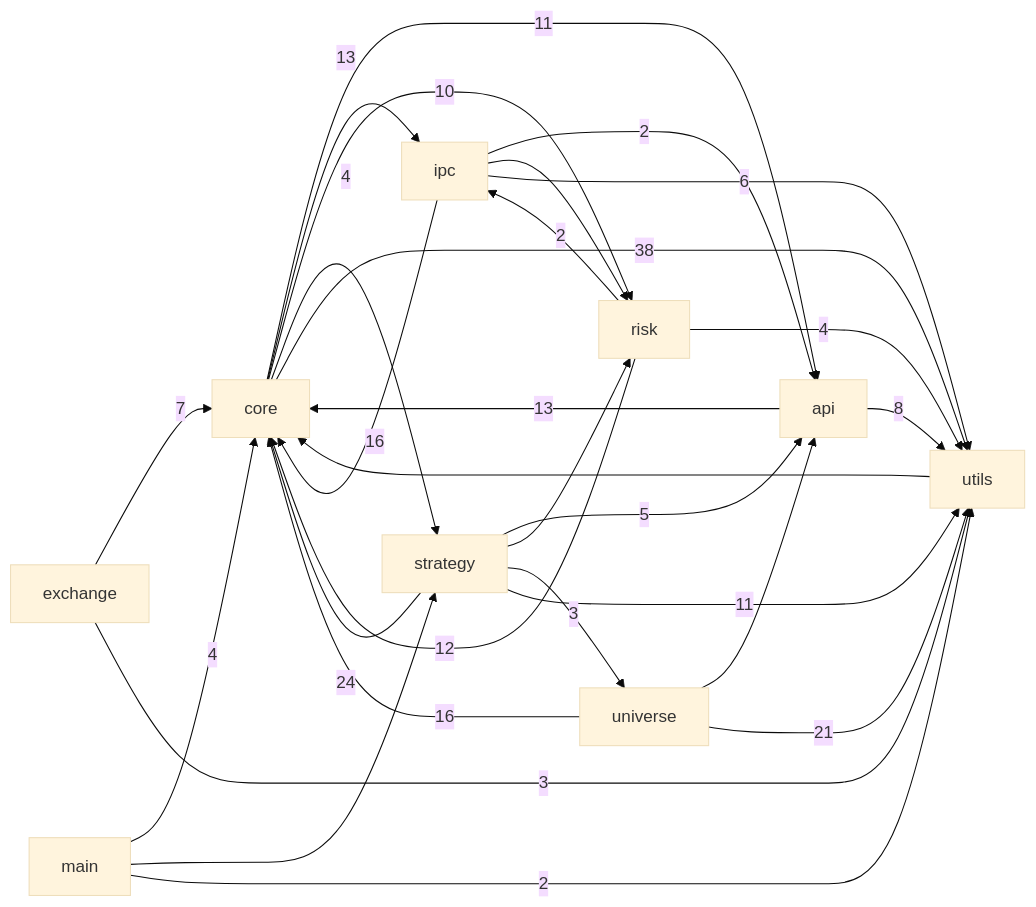
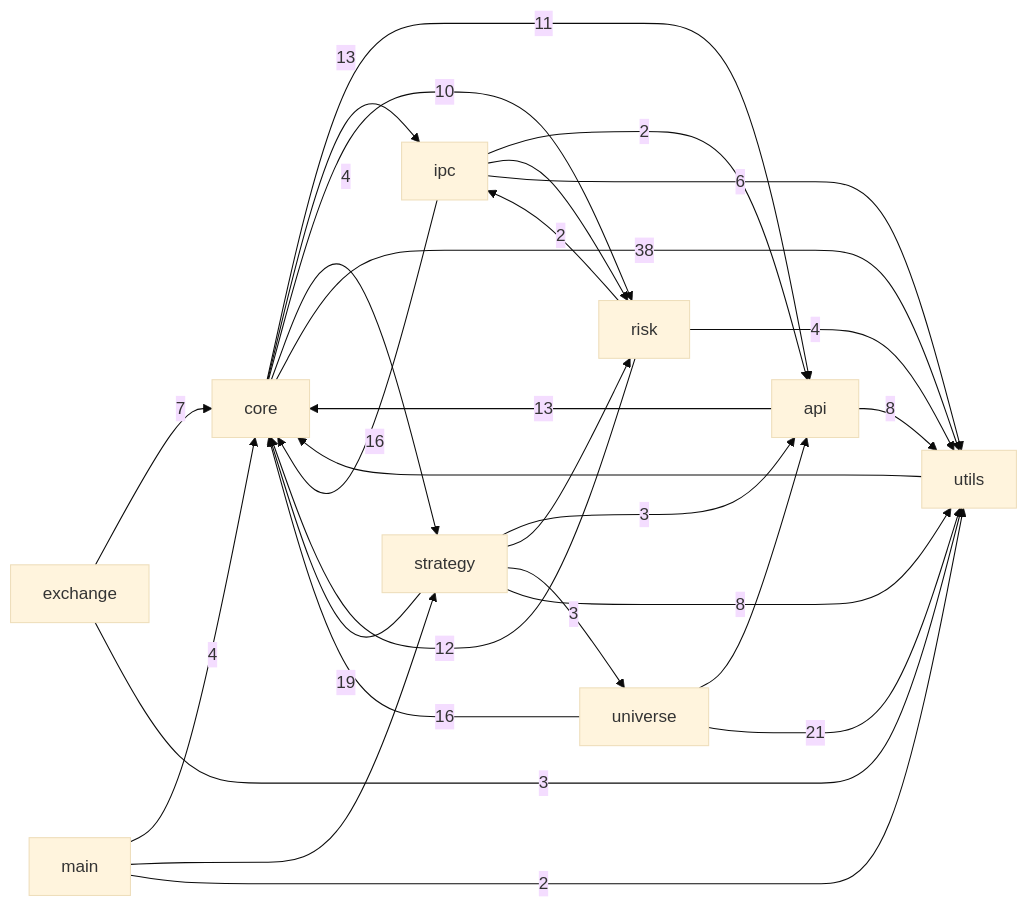
Before and after one commit to pypy8171/Quant: the first of 3 diagrams in docs/CODE_GRAPH.md, drawn with Mermaid (base theme). The commit also changed other lines of this file and 117 other files, not shown here.

````diff
--- a/docs/CODE_GRAPH.md
+++ b/docs/CODE_GRAPH.md
@@ -10,40 +10,40 @@
 ```mermaid
 graph LR
   main[main]
   core[core]
   strategy[strategy]
   api[api]
   universe[universe]
   risk[risk]
   ipc[ipc]
   utils[utils]
   exchange[exchange]
   api -->|13| core
   api -->|8| utils
   core -->|11| api
   core -->|13| ipc
   core -->|10| risk
   core -->|4| strategy
   core -->|38| utils
   exchange -->|7| core
   exchange -->|3| utils
   ipc -->|2| api
   ipc -->|16| core
   ipc --> risk
   ipc -->|6| utils
   main -->|4| core
   main --> strategy
   main -->|2| utils
   risk -->|12| core
   risk -->|2| ipc
   risk -->|4| utils
-  strategy -->|5| api
-  strategy -->|24| core
+  strategy -->|3| api
+  strategy -->|19| core
   strategy --> risk
   strategy -->|3| universe
-  strategy -->|11| utils
+  strategy -->|8| utils
   universe --> api
   universe -->|16| core
   universe -->|21| utils
   utils --> core
 ```
````
